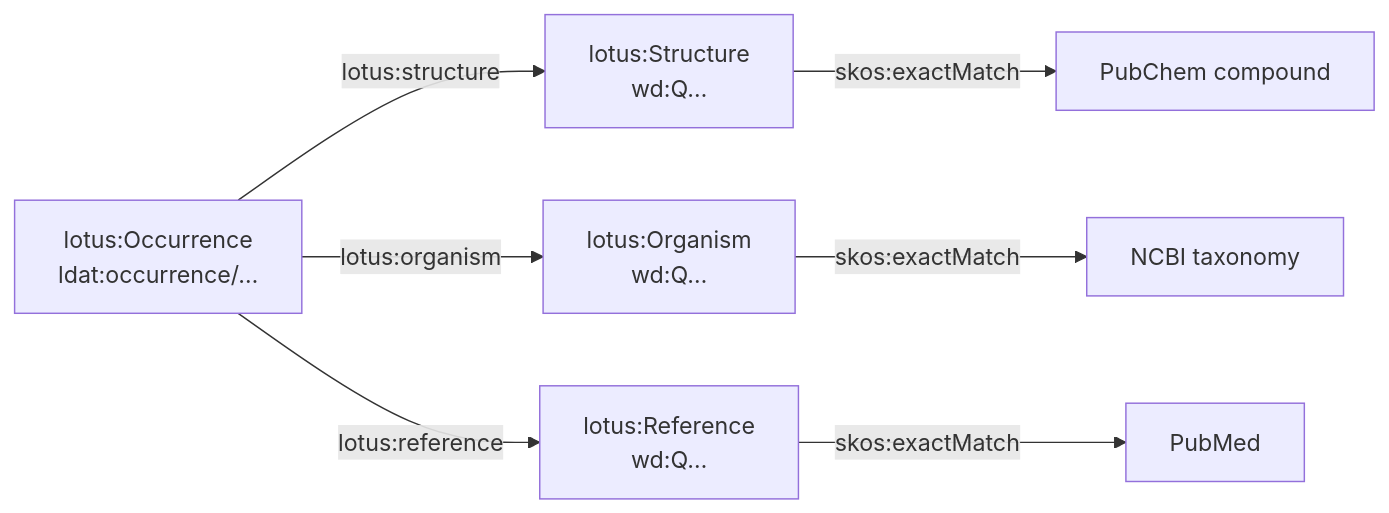
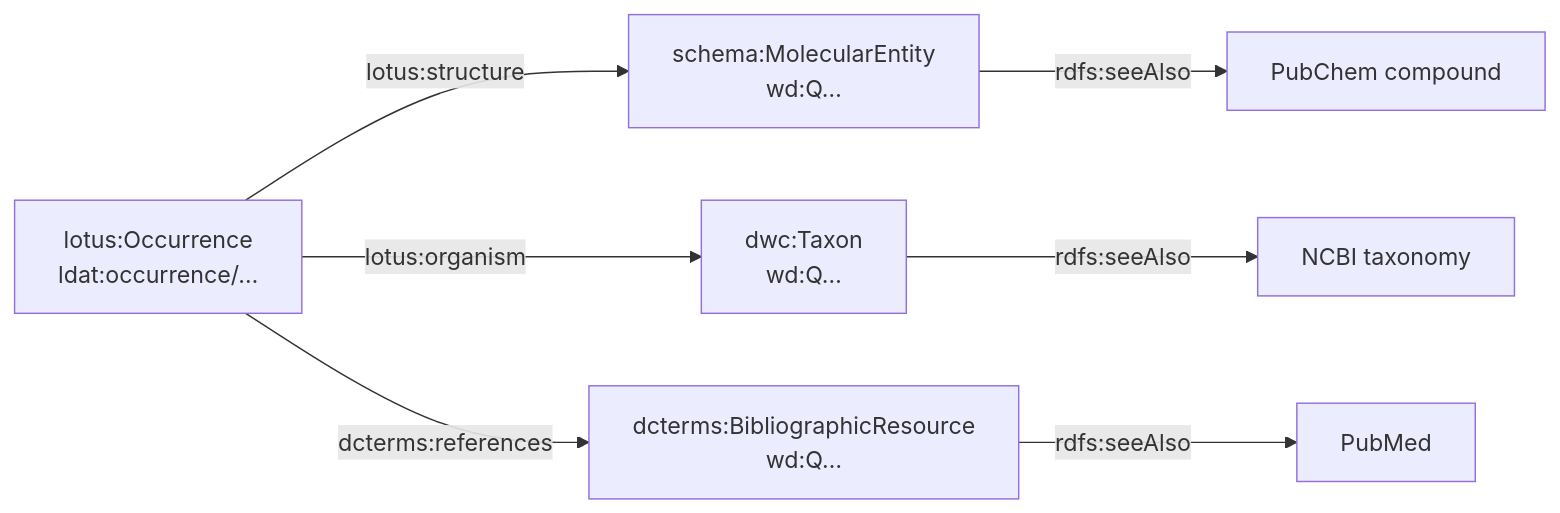
Before and after one commit to dbcls/togomcp: the diagram in scripts/lotus/lotus_schema.md, drawn with Mermaid. The commit also changed other lines of this file and 1 other file, not shown here.

````diff
--- a/scripts/lotus/lotus_schema.md
+++ b/scripts/lotus/lotus_schema.md
@@ -79,13 +90,13 @@
 ```mermaid
 graph LR
   OCC[lotus:Occurrence<br/>ldat:occurrence/…]
-  STR[lotus:Structure<br/>wd:Q…]
-  ORG[lotus:Organism<br/>wd:Q…]
-  REF[lotus:Reference<br/>wd:Q…]
+  STR[schema:MolecularEntity<br/>wd:Q…]
+  ORG[dwc:Taxon<br/>wd:Q…]
+  REF[dcterms:BibliographicResource<br/>wd:Q…]
   OCC -->|lotus:structure| STR
   OCC -->|lotus:organism| ORG
-  OCC -->|lotus:reference| REF
-  STR -->|skos:exactMatch| PC[PubChem compound]
-  ORG -->|skos:exactMatch| TX[NCBI taxonomy]
-  REF -->|skos:exactMatch| PM[PubMed]
+  OCC -->|dcterms:references| REF
+  STR -->|rdfs:seeAlso| PC[PubChem compound]
+  ORG -->|rdfs:seeAlso| TX[NCBI taxonomy]
+  REF -->|rdfs:seeAlso| PM[PubMed]
 ```
````
